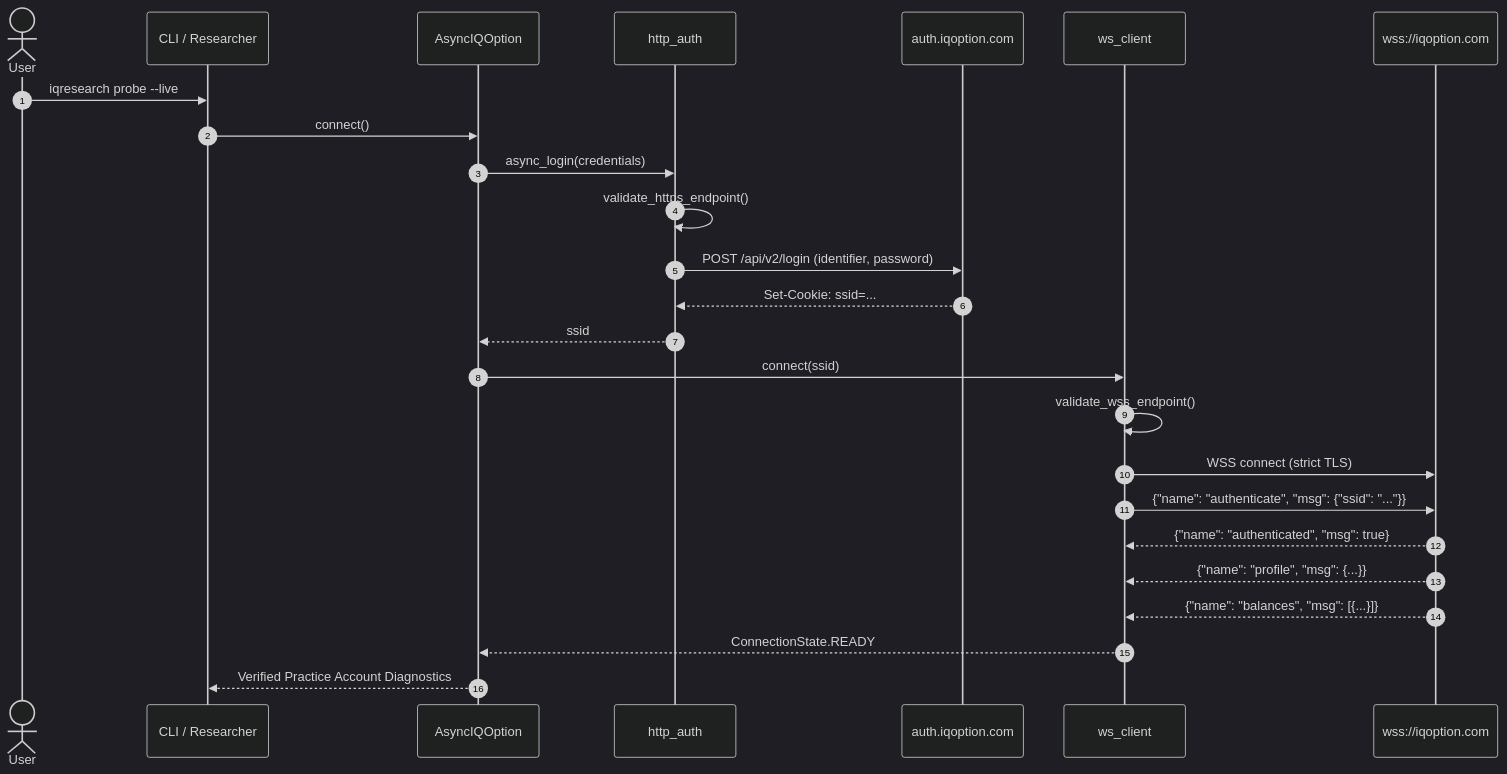
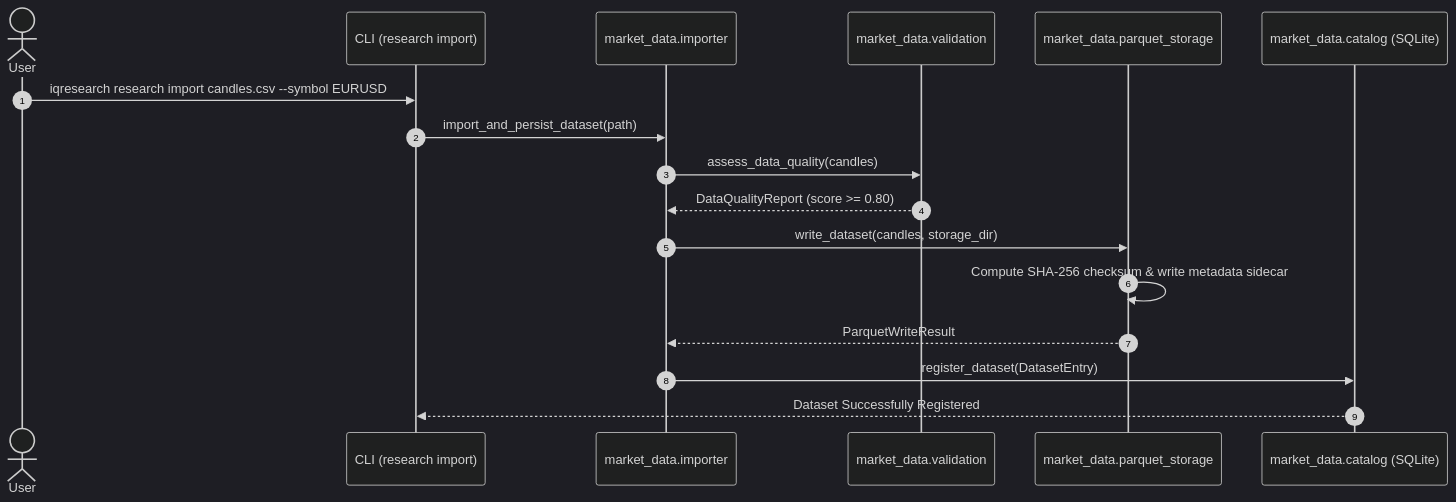
Before and after one commit to elmochilyas/IqOptionBot: the first of 3 diagrams in ARCHITECTURE.md, drawn with Mermaid (dark theme). The commit also changed other lines of this file and 71 other files, not shown here.

````diff
--- a/ARCHITECTURE.md
+++ b/ARCHITECTURE.md
@@ -83,28 +119,20 @@
 ```mermaid
 sequenceDiagram
     autonumber
     actor User
-    participant CLI as CLI / Researcher
-    participant Client as AsyncIQOption
-    participant Auth as http_auth
-    participant BrokerHTTP as auth.iqoption.com
-    participant WS as ws_client
-    participant BrokerWS as wss://iqoption.com
+    participant CLI as CLI (research import)
+    participant Imp as market_data.importer
+    participant Val as market_data.validation
+    participant Parquet as market_data.parquet_storage
+    participant Catalog as market_data.catalog (SQLite)
 
-    User->>CLI: iqresearch probe --live
-    CLI->>Client: connect()
-    Client->>Auth: async_login(credentials)
-    Auth->>Auth: validate_https_endpoint()
-    Auth->>BrokerHTTP: POST /api/v2/login (identifier, password)
-    BrokerHTTP-->>Auth: Set-Cookie: ssid=...
-    Auth-->>Client: ssid
-    Client->>WS: connect(ssid)
-    WS->>WS: validate_wss_endpoint()
-    WS->>BrokerWS: WSS connect (strict TLS)
-    WS->>BrokerWS: {"name": "authenticate", "msg": {"ssid": "..."}}
-    BrokerWS-->>WS: {"name": "authenticated", "msg": true}
-    BrokerWS-->>WS: {"name": "profile", "msg": {...}}
-    BrokerWS-->>WS: {"name": "balances", "msg": [{...}]}
-    WS-->>Client: ConnectionState.READY
-    Client-->>CLI: Verified Practice Account Diagnostics
+    User->>CLI: iqresearch research import candles.csv --symbol EURUSD
+    CLI->>Imp: import_and_persist_dataset(path)
+    Imp->>Val: assess_data_quality(candles)
+    Val-->>Imp: DataQualityReport (score >= 0.80)
+    Imp->>Parquet: write_dataset(candles, storage_dir)
+    Parquet->>Parquet: Compute SHA-256 checksum & write metadata sidecar
+    Parquet-->>Imp: ParquetWriteResult
+    Imp->>Catalog: register_dataset(DatasetEntry)
+    Catalog-->>CLI: Dataset Successfully Registered
 ```
````
